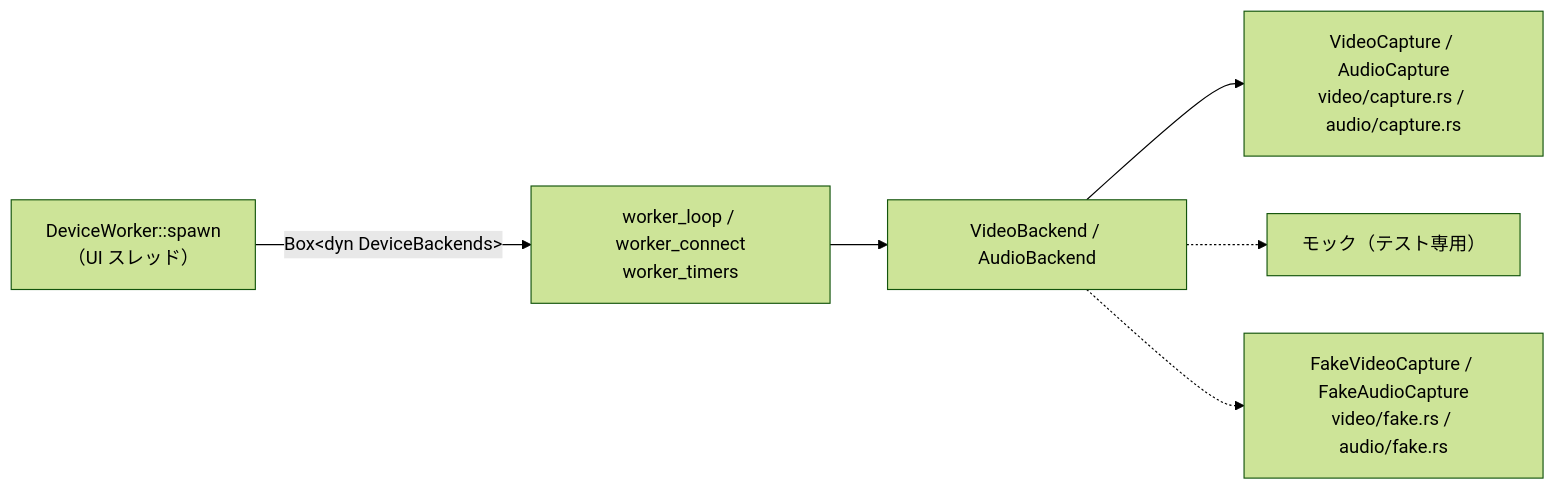
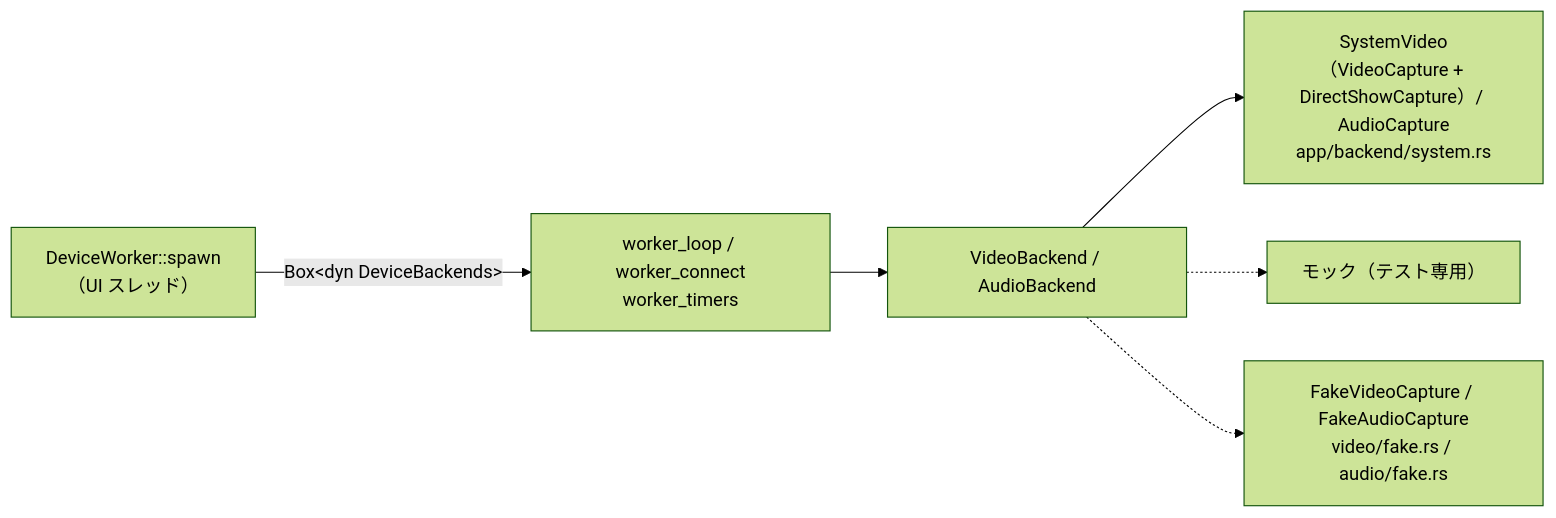
Before and after one commit to Mui-MuiMui/Capturecard_Viewer: the second of 2 diagrams in docs/design/device-worker.md, drawn with Mermaid (forest theme). The commit also changed other lines of this file and 10 other files, not shown here.

First line of the commit message:
docs: DirectShow のバックエンドの経路と確認手順をドキュメントへ反映する

````diff
--- a/docs/design/device-worker.md
+++ b/docs/design/device-worker.md
@@ -57,15 +57,15 @@
 ```mermaid
 flowchart LR
     spawn["DeviceWorker::spawn<br/>（UI スレッド）"]
     loop["worker_loop / worker_connect<br/>worker_timers"]
     trait["VideoBackend / AudioBackend"]
-    real["VideoCapture / AudioCapture<br/>video/capture.rs / audio/capture.rs"]
+    real["SystemVideo（VideoCapture + DirectShowCapture）/ AudioCapture<br/>app/backend/system.rs"]
     mock["モック（テスト専用）"]
     fake["FakeVideoCapture / FakeAudioCapture<br/>video/fake.rs / audio/fake.rs"]
 
     spawn -->|Box&lt;dyn DeviceBackends&gt;| loop
     loop --> trait
     trait --> real
     trait -.-> mock
     trait -.-> fake
 ```
````
